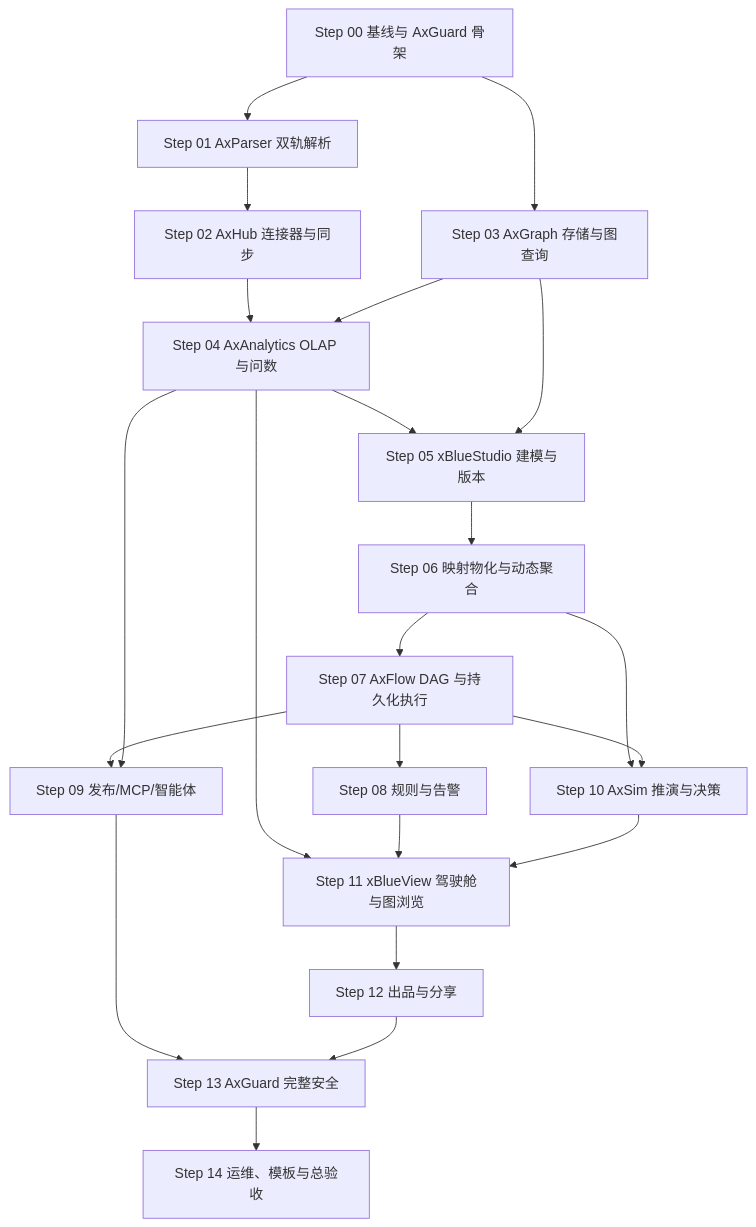
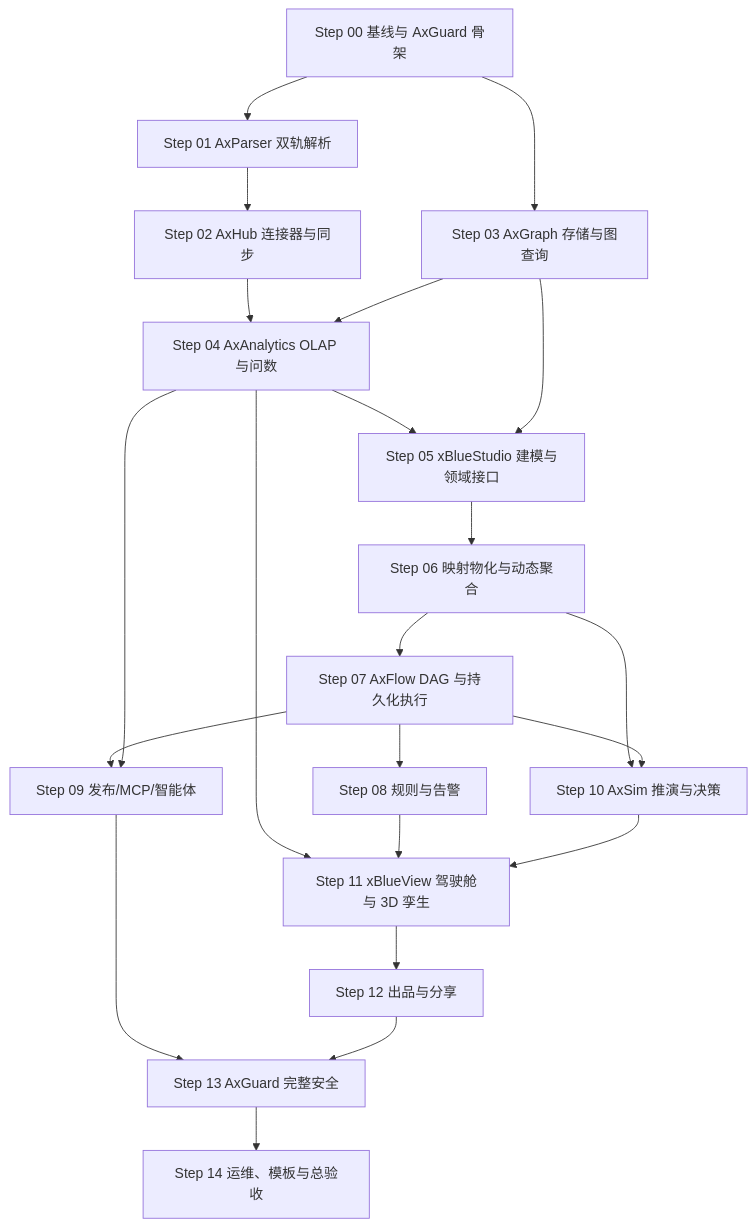
One commit to jjdufu/xBlueNode changed the second of 2 diagrams in docs/blueprint/00-MASTER-INDEX.md. Above: the diagram before and after it, drawn with Mermaid. The commit also changed other lines of this file and 23 other files, not shown here.

Commit message:
docs(blueprint): complete xBlueNode / AxPoint step-by-step specification

````diff
--- a/docs/blueprint/00-MASTER-INDEX.md
+++ b/docs/blueprint/00-MASTER-INDEX.md
@@ -198,24 +198,24 @@
 ```mermaid
 flowchart TD
     S00["Step 00 基线与 AxGuard 骨架"] --> S01["Step 01 AxParser 双轨解析"]
     S00 --> S03["Step 03 AxGraph 存储与图查询"]
     S01 --> S02["Step 02 AxHub 连接器与同步"]
     S02 --> S04["Step 04 AxAnalytics OLAP 与问数"]
     S03 --> S04
-    S04 --> S05["Step 05 xBlueStudio 建模与版本"]
+    S04 --> S05["Step 05 xBlueStudio 建模与领域接口"]
     S03 --> S05
     S05 --> S06["Step 06 映射物化与动态聚合"]
     S06 --> S07["Step 07 AxFlow DAG 与持久化执行"]
     S07 --> S08["Step 08 规则与告警"]
     S07 --> S09["Step 09 发布/MCP/智能体"]
     S04 --> S09
     S06 --> S10["Step 10 AxSim 推演与决策"]
     S07 --> S10
-    S04 --> S11["Step 11 xBlueView 驾驶舱与图浏览"]
+    S04 --> S11["Step 11 xBlueView 驾驶舱与 3D 孪生"]
     S08 --> S11
     S10 --> S11
     S11 --> S12["Step 12 出品与分享"]
     S09 --> S13["Step 13 AxGuard 完整安全"]
     S12 --> S13
     S13 --> S14["Step 14 运维、模板与总验收"]
 ```
````
